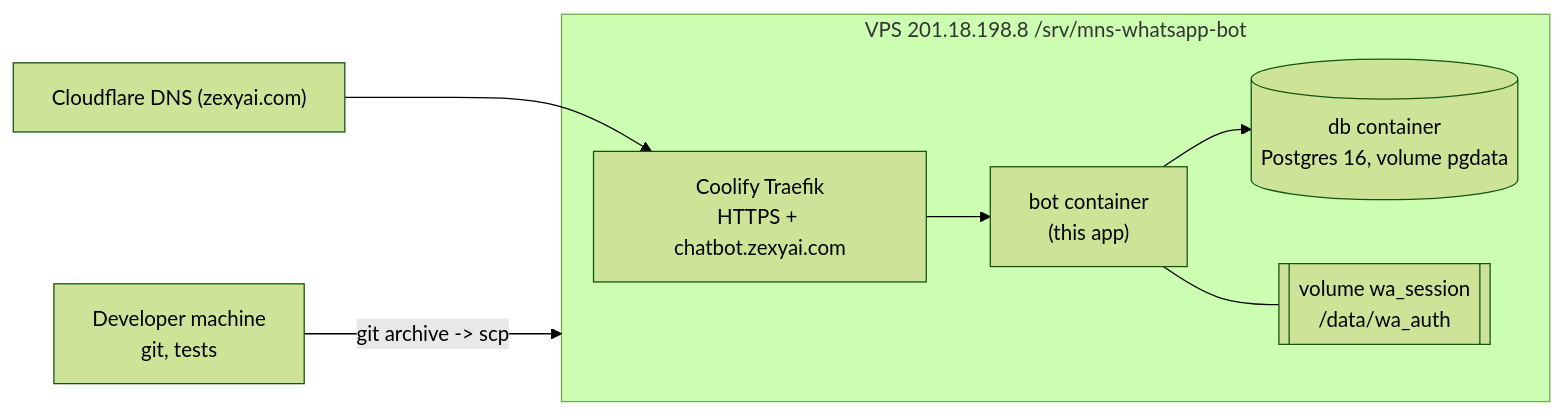
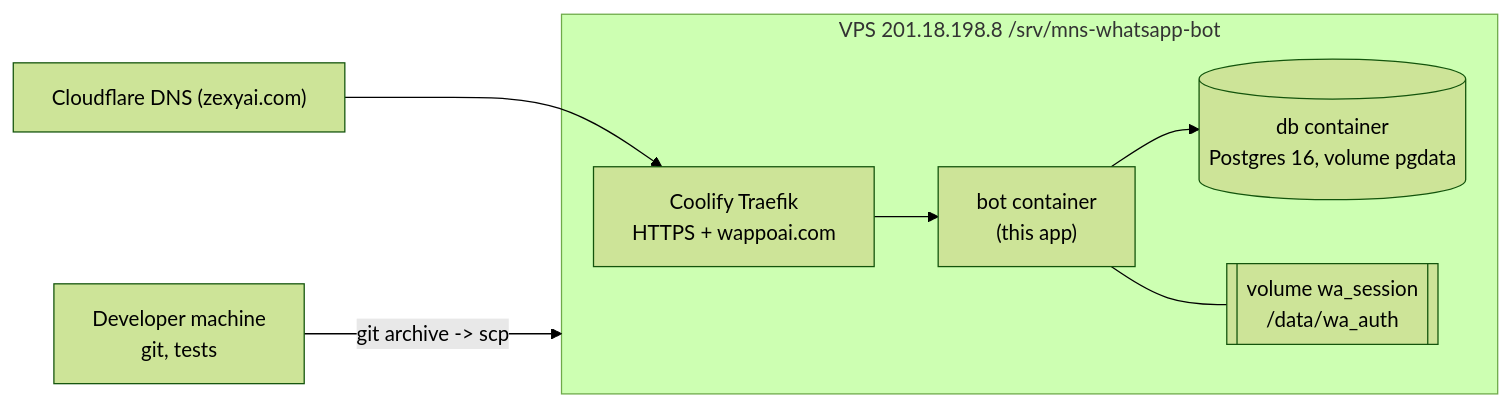
One commit to imshailesh593/whatsapp_chatbot changed the sixth of 6 diagrams in docs/ARCHITECTURE.md. Above: the diagram before and after it, drawn with Mermaid (forest theme). The commit also changed other lines of this file and 1 other file, not shown here.

Commit message:
Primary domain is wappoai.com; the previous domain redirects to it

````diff
--- a/docs/ARCHITECTURE.md
+++ b/docs/ARCHITECTURE.md
@@ -288,10 +288,10 @@
 ```mermaid
 flowchart LR
   Dev["Developer machine<br/>git, tests"] -- "git archive -> scp" --> VPS
   subgraph VPS["VPS 201.18.198.8 /srv/mns-whatsapp-bot"]
-    T["Coolify Traefik<br/>HTTPS + chatbot.zexyai.com"] --> BOT["bot container<br/>(this app)"]
+    T["Coolify Traefik<br/>HTTPS + wappoai.com"] --> BOT["bot container<br/>(this app)"]
     BOT --> DBC[("db container<br/>Postgres 16, volume pgdata")]
     BOT --- WAV[["volume wa_session<br/>/data/wa_auth"]]
   end
   CF["Cloudflare DNS (zexyai.com)"] --> T
 ```
````
